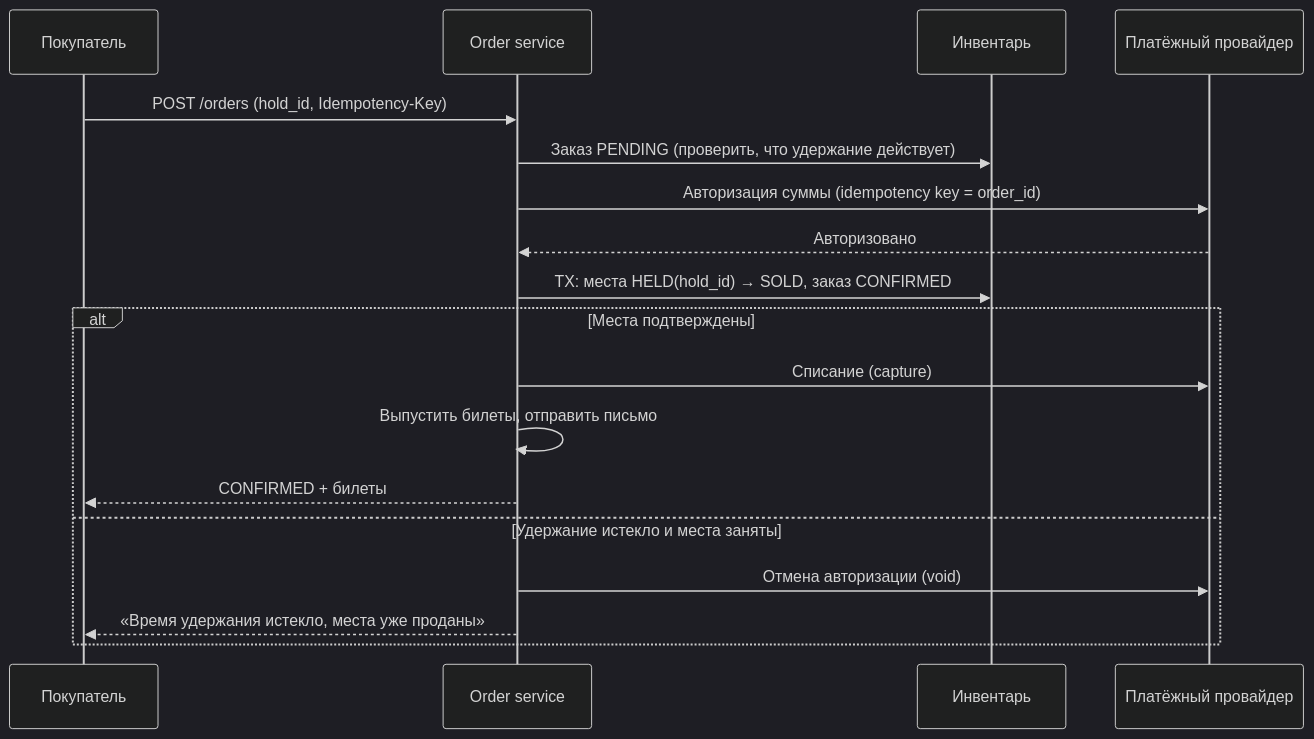
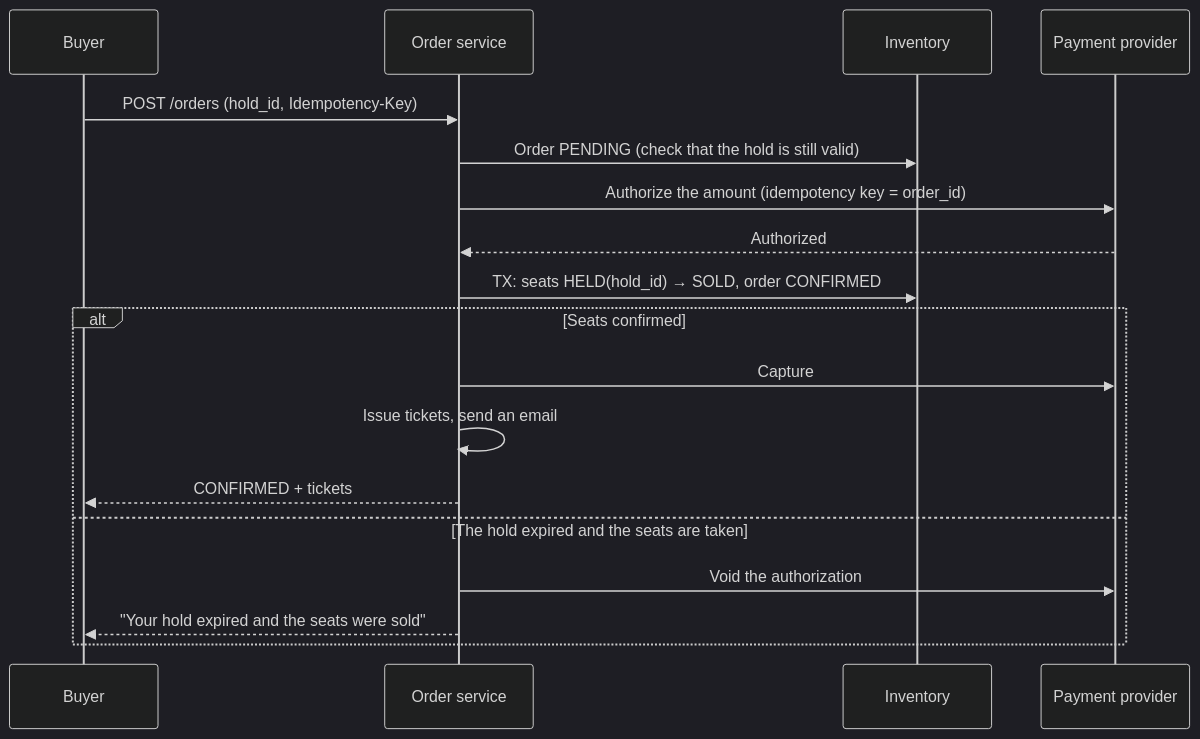
Before and after one commit to jwm1rr0rb10/FAANG-MANGO-interview: the fourth of 5 diagrams in system-design/02_Tier 1 Core Classic/13_Design Ticketmaster or Hotel Booking/README.md, drawn with Mermaid (dark theme). The commit also changed other lines of this file and 120 other files, not shown here.

````diff
--- a/system-design/02_Tier 1 Core Classic/13_Design Ticketmaster or Hotel Booking/README.md
+++ b/system-design/02_Tier 1 Core Classic/13_Design Ticketmaster or Hotel Booking/README.md
@@ -382,21 +382,21 @@
 ```mermaid
 sequenceDiagram
-    participant U as Покупатель
+    participant U as Buyer
     participant O as Order service
-    participant DB as Инвентарь
-    participant P as Платёжный провайдер
+    participant DB as Inventory
+    participant P as Payment provider
 
     U->>O: POST /orders (hold_id, Idempotency-Key)
-    O->>DB: Заказ PENDING (проверить, что удержание действует)
-    O->>P: Авторизация суммы (idempotency key = order_id)
-    P-->>O: Авторизовано
-    O->>DB: TX: места HELD(hold_id) → SOLD, заказ CONFIRMED
-    alt Места подтверждены
-        O->>P: Списание (capture)
-        O->>O: Выпустить билеты, отправить письмо
-        O-->>U: CONFIRMED + билеты
-    else Удержание истекло и места заняты
-        O->>P: Отмена авторизации (void)
-        O-->>U: «Время удержания истекло, места уже проданы»
+    O->>DB: Order PENDING (check that the hold is still valid)
+    O->>P: Authorize the amount (idempotency key = order_id)
+    P-->>O: Authorized
+    O->>DB: TX: seats HELD(hold_id) → SOLD, order CONFIRMED
+    alt Seats confirmed
+        O->>P: Capture
+        O->>O: Issue tickets, send an email
+        O-->>U: CONFIRMED + tickets
+    else The hold expired and the seats are taken
+        O->>P: Void the authorization
+        O-->>U: "Your hold expired and the seats were sold"
     end
 ```
````
